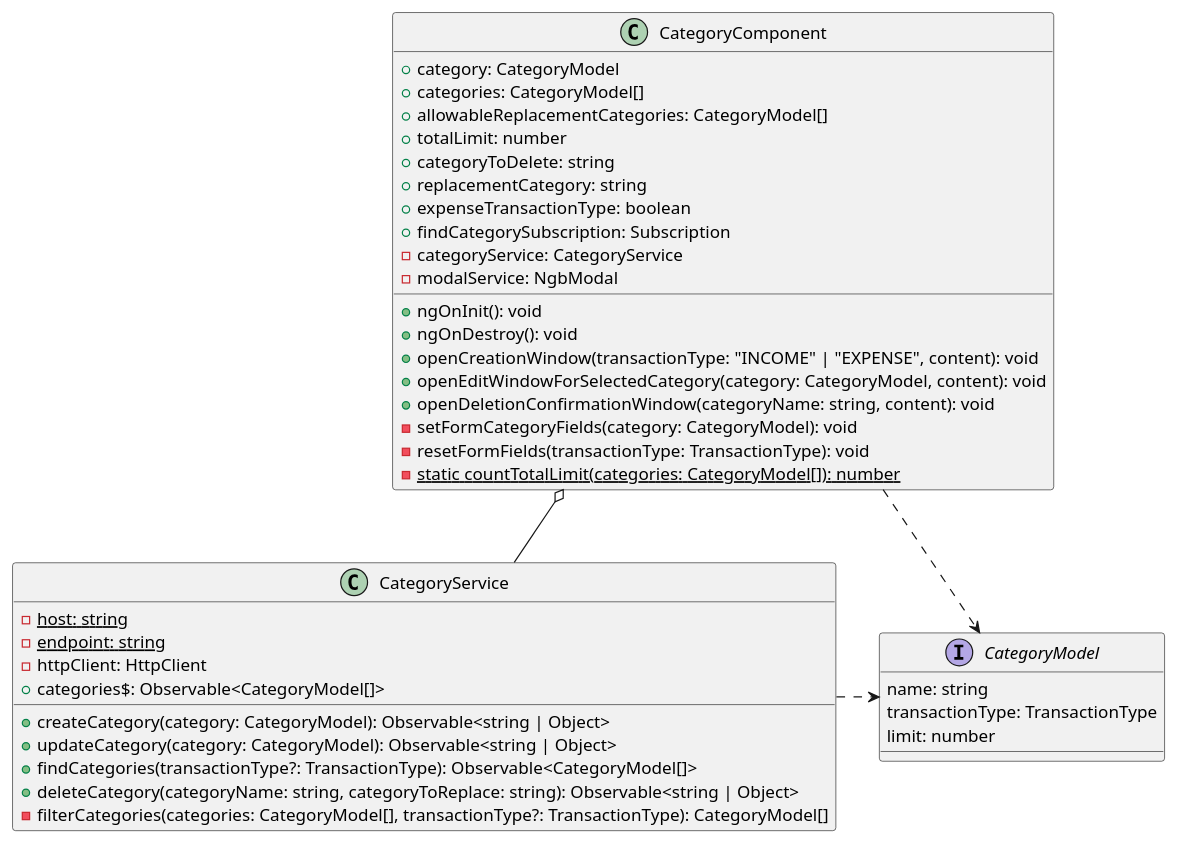
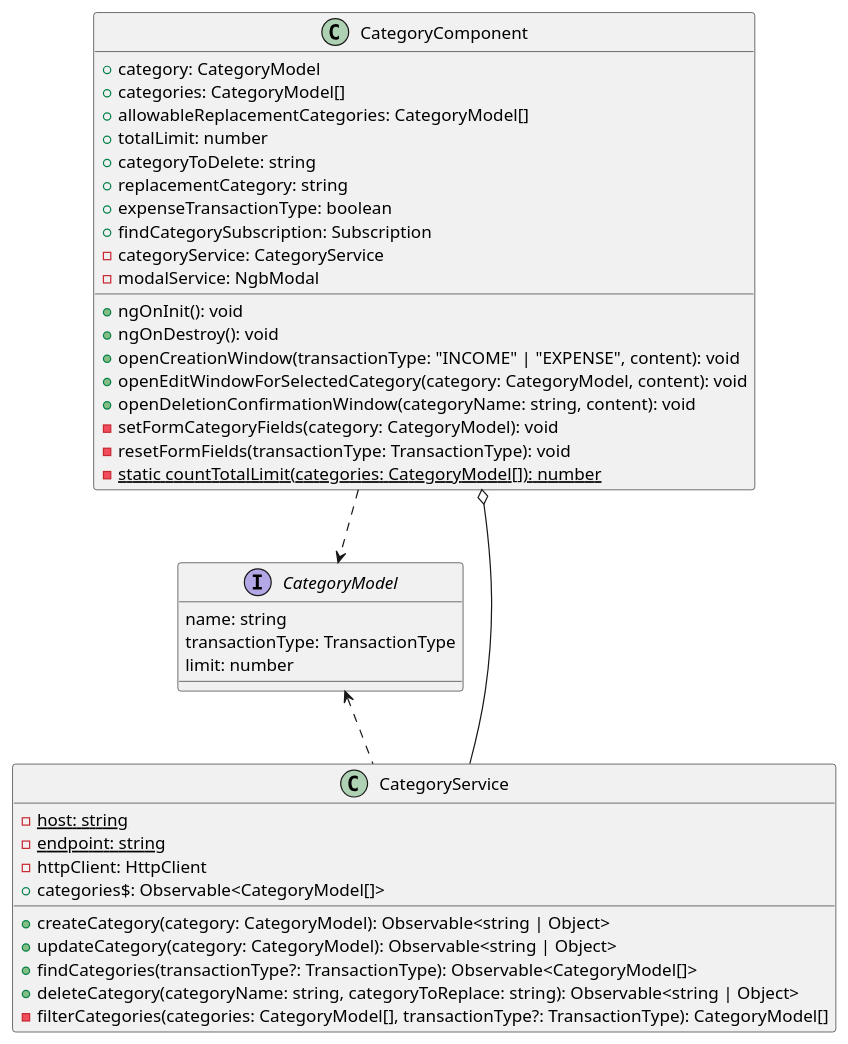
The diagram in diagrams/class-diagrams/frontend/category-class-diagram.puml (lukaszse/simple-bills), drawn with PlantUML before and after one commit. The commit also changed 2 other files, not shown here.

Commit message:
update diagrams

```diff
--- a/diagrams/class-diagrams/frontend/category-class-diagram.puml
+++ b/diagrams/class-diagrams/frontend/category-class-diagram.puml
@@ -1,49 +1,49 @@
 @startuml
 'https://plantuml.com/sequence-diagram
 
 
 class CategoryComponent {
     +category: CategoryModel
     +categories: CategoryModel[]
     +allowableReplacementCategories: CategoryModel[]
     +totalLimit: number
     +categoryToDelete: string
     +replacementCategory: string
     +expenseTransactionType: boolean
     +findCategorySubscription: Subscription
     -categoryService: CategoryService
     -modalService: NgbModal
     +ngOnInit(): void
     +ngOnDestroy(): void
     +openCreationWindow(transactionType: "INCOME" | "EXPENSE", content): void
     +openEditWindowForSelectedCategory(category: CategoryModel, content): void
     +openDeletionConfirmationWindow(categoryName: string, content): void
     -setFormCategoryFields(category: CategoryModel): void
     -resetFormFields(transactionType: TransactionType): void
     -{static}static countTotalLimit(categories: CategoryModel[]): number
 }
 
 class CategoryService {
   -{static} host: string
   -{static} endpoint: string
   -httpClient: HttpClient
   +categories$: Observable<CategoryModel[]>
   +createCategory(category: CategoryModel): Observable<string | Object>
   +updateCategory(category: CategoryModel): Observable<string | Object>
   +findCategories(transactionType?: TransactionType): Observable<CategoryModel[]>
   +deleteCategory(categoryName: string, categoryToReplace: string): Observable<string | Object>
   -filterCategories(categories: CategoryModel[], transactionType?: TransactionType): CategoryModel[]
 }
 
 interface CategoryModel {
   name: string
   transactionType: TransactionType
   limit: number
 }
 
 CategoryComponent o-- CategoryService
 CategoryComponent ..> CategoryModel
-CategoryService .right.> CategoryModel
+CategoryService .up.> CategoryModel
 
 
 @enduml
```
